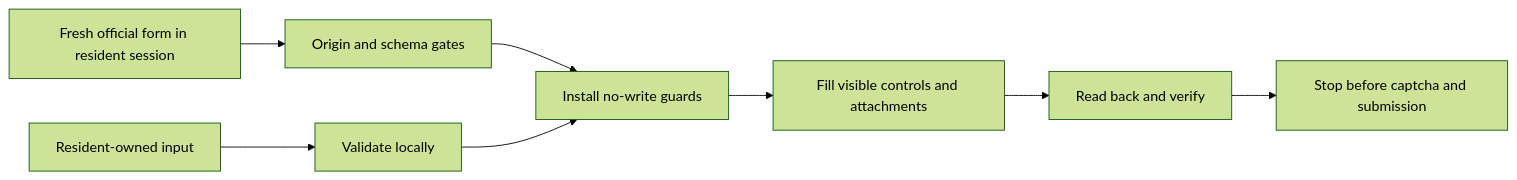
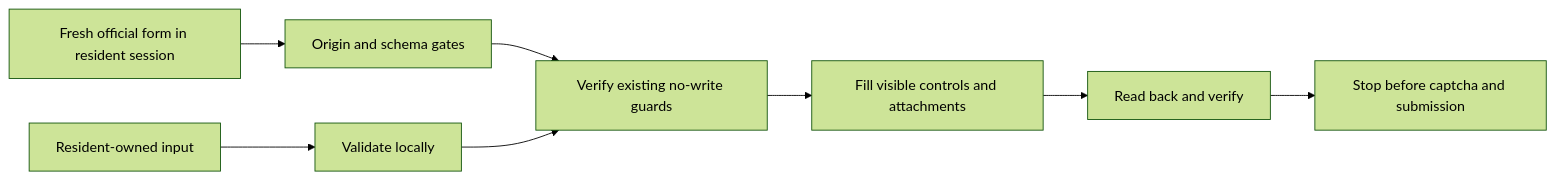
One commit to reihlinstinct/parking-report-helper changed the diagram in docs/design/GIVATAYIM-FILL-ONLY.md. Above: the diagram before and after it, drawn with Mermaid (forest theme). The commit also changed other lines of this file and 9 other files, not shown here.

````diff
--- a/docs/design/GIVATAYIM-FILL-ONLY.md
+++ b/docs/design/GIVATAYIM-FILL-ONLY.md
@@ -12,10 +12,10 @@
 ```mermaid
 flowchart LR
   A[Fresh official form in resident session] --> B[Origin and schema gates]
   C[Resident-owned input] --> D[Validate locally]
-  B --> E[Install no-write guards]
+  B --> E[Verify existing no-write guards]
   D --> E
   E --> F[Fill visible controls and attachments]
   F --> G[Read back and verify]
   G --> H[Stop before captcha and submission]
 ```
````
